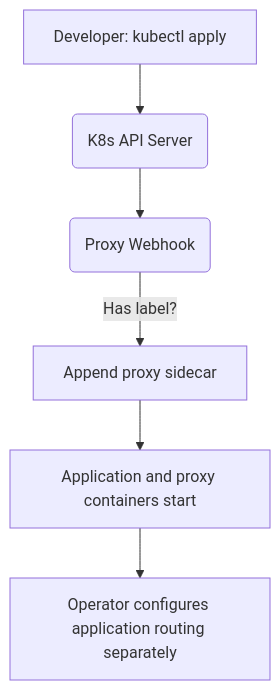
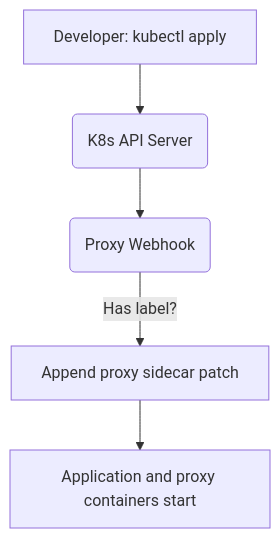
The diagram in website/docs/features/secure-infrastructure-service-mesh/zero-dependency-kubernetes-mutating-webhook.md (ninadphalak/LLM-Shield-Proxy), drawn with Mermaid before and after one commit. The commit also changed other lines of this file and 94 other files, not shown here.

````diff
--- a/website/docs/features/secure-infrastructure-service-mesh/zero-dependency-kubernetes-mutating-webhook.md
+++ b/website/docs/features/secure-infrastructure-service-mesh/zero-dependency-kubernetes-mutating-webhook.md
@@ -17,8 +16,7 @@
 ```mermaid
 flowchart TD
     A[Developer: kubectl apply] --> B(K8s API Server)
     B --> C(Proxy Webhook)
-    C -->|Has label?| D[Append proxy sidecar]
+    C -->|Has label?| D[Append proxy sidecar patch]
     D --> E[Application and proxy containers start]
-    E --> F[Operator configures application routing separately]
 ```
````
